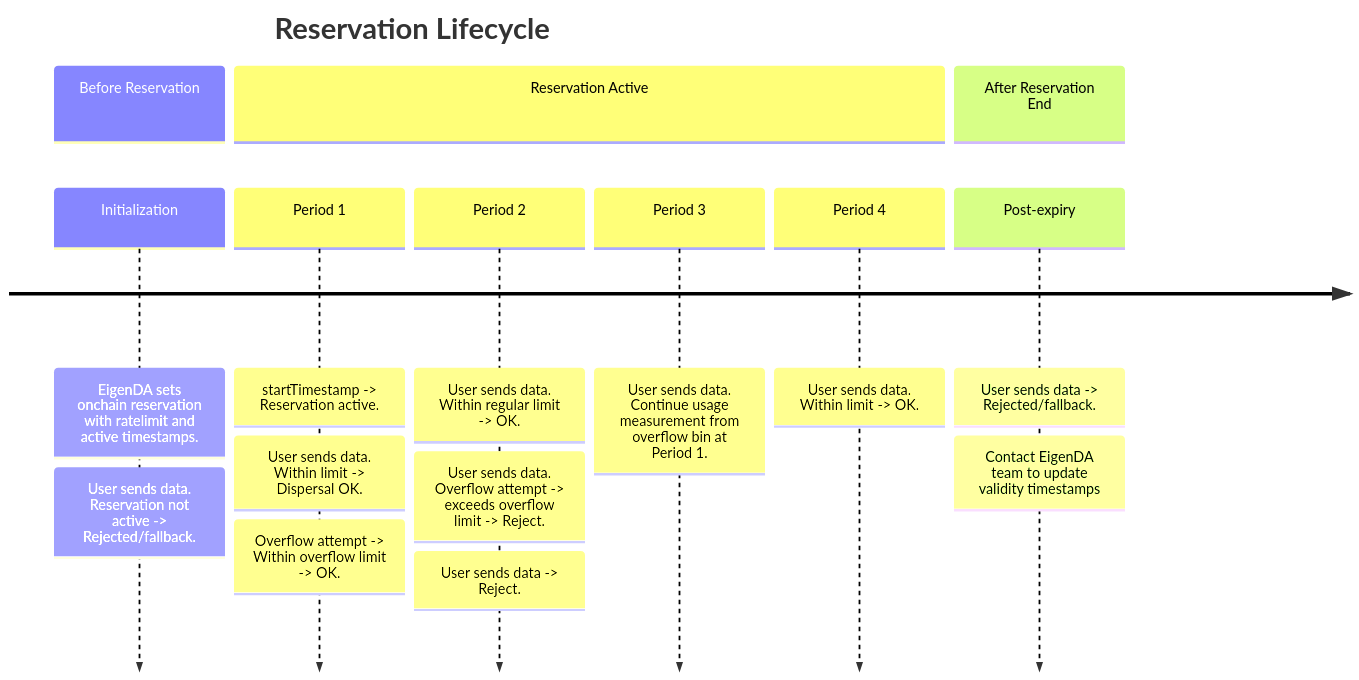
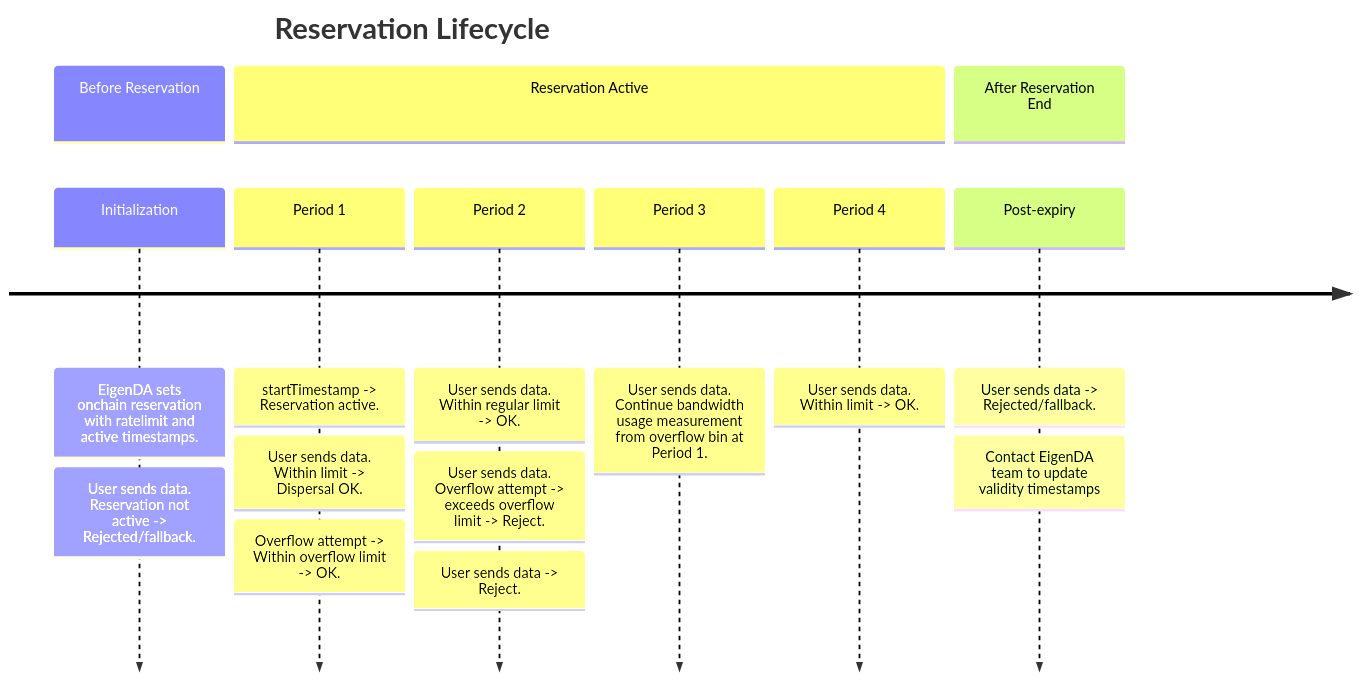
Before and after one commit to Layr-Labs/eigenda-docs: the first of 2 diagrams in docs/releases/payments.md, drawn with Mermaid. The commit also changed other lines of this file, not shown here.

Commit message:
docs: usage -> bandwidth

````diff
--- a/docs/releases/payments.md
+++ b/docs/releases/payments.md
@@ -164,20 +164,20 @@
 ```mermaid
 timeline
 title Reservation Lifecycle
 section Before Reservation
 Initialization: EigenDA sets onchain reservation with ratelimit and active timestamps.
 : User sends data. Reservation not active -> Rejected/fallback.
 section Reservation Active
 Period 1    : startTimestamp -> Reservation active.
                         : User sends data. Within limit -> Dispersal OK.
                         : Overflow attempt -> Within overflow limit -> OK.
 Period 2    : User sends data. Within regular limit -> OK.
             : User sends data. Overflow attempt -> exceeds overflow limit -> Reject.
             : User sends data -> Reject.
-Period 3    : User sends data. Continue usage measurement from overflow bin at Period 1.
+Period 3    : User sends data. Continue bandwidth usage measurement from overflow bin at Period 1.
 Period 4    : User sends data. Within limit -> OK.
 section After Reservation End
  Post-expiry
  : User sends data -> Rejected/fallback.
  : Contact EigenDA team to update validity timestamps
 ```
````
